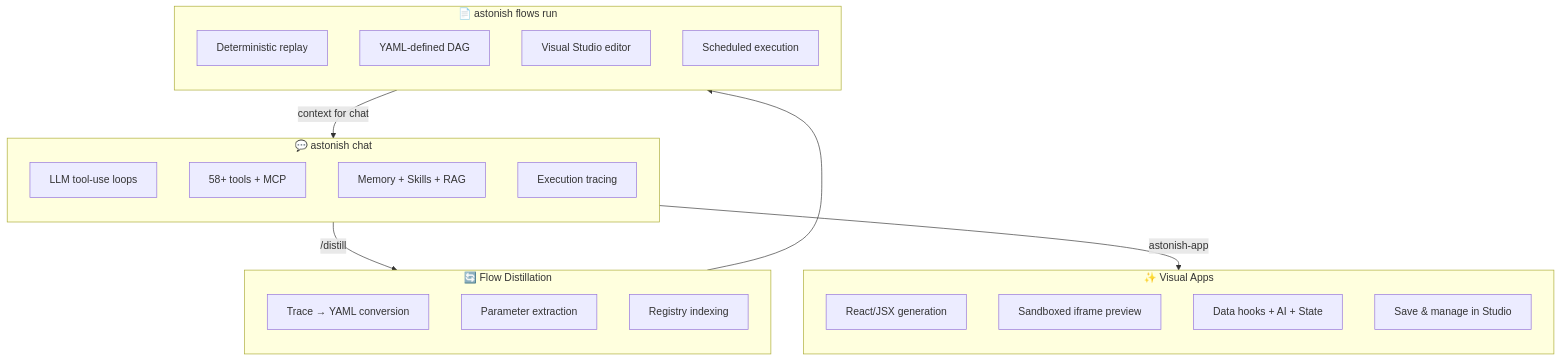
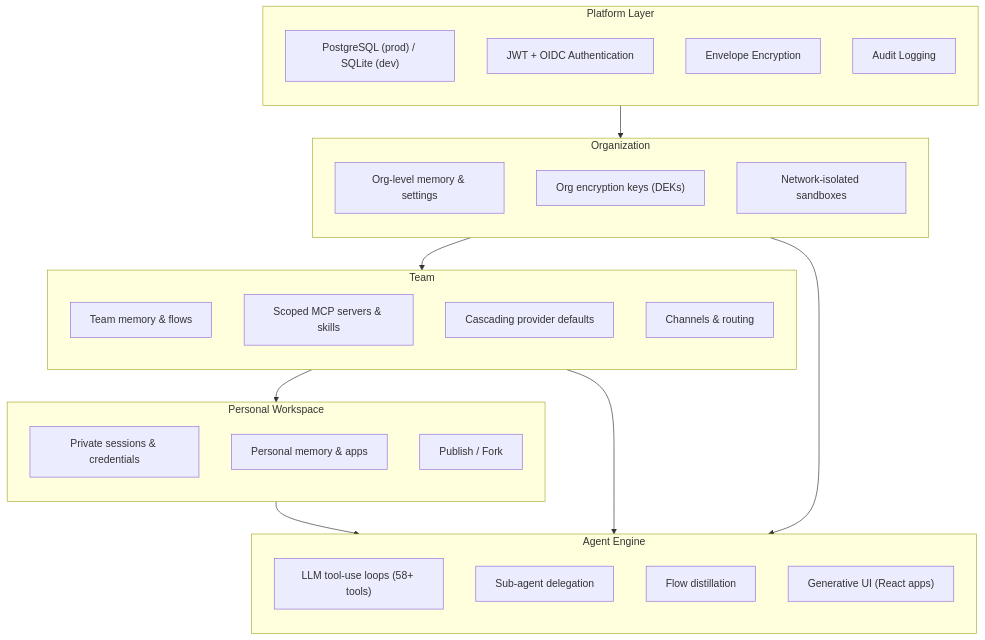
One commit to schardosin/astonish changed the diagram in README.md. Above: the diagram before and after it, drawn with Mermaid. The commit also changed other lines of this file, not shown here.

First line of the commit message:
docs: rewrite README for platform mode positioning

````diff
--- a/README.md
+++ b/README.md
@@ -311,38 +234,47 @@
 ```mermaid
 flowchart TB
-    subgraph Chat["💬 astonish chat"]
+    subgraph Platform["Platform Layer"]
         direction TB
-        C1["LLM tool-use loops"]
-        C2["58+ tools + MCP"]
-        C3["Memory + Skills + RAG"]
-        C4["Execution tracing"]
+        P1["PostgreSQL (prod) / SQLite (dev)"]
+        P2["JWT + OIDC Authentication"]
+        P3["Envelope Encryption"]
+        P4["Audit Logging"]
     end
 
-    subgraph Distill["🔄 Flow Distillation"]
+    subgraph Org["Organization"]
         direction TB
-        D1["Trace → YAML conversion"]
-        D2["Parameter extraction"]
-        D3["Registry indexing"]
+        O1["Org-level memory & settings"]
+        O2["Org encryption keys (DEKs)"]
+        O3["Network-isolated sandboxes"]
     end
 
-    subgraph Flows["📄 astonish flows run"]
+    subgraph Team["Team"]
         direction TB
-        F1["Deterministic replay"]
-        F2["YAML-defined DAG"]
-        F3["Visual Studio editor"]
-        F4["Scheduled execution"]
+        T1["Team memory & flows"]
+        T2["Scoped MCP servers & skills"]
+        T3["Cascading provider defaults"]
+        T4["Channels & routing"]
     end
 
-    subgraph Apps["✨ Visual Apps"]
+    subgraph Personal["Personal Workspace"]
         direction TB
-        A1["React/JSX generation"]
-        A2["Sandboxed iframe preview"]
-        A3["Data hooks + AI + State"]
-        A4["Save & manage in Studio"]
+        U1["Private sessions & credentials"]
+        U2["Personal memory & apps"]
+        U3["Publish / Fork"]
     end
 
-    Chat -->|/distill| Distill
-    Distill --> Flows
-    Flows -->|"context for chat"| Chat
-    Chat -->|"astonish-app"| Apps
+    subgraph Agent["Agent Engine"]
+        direction TB
+        A1["LLM tool-use loops (58+ tools)"]
+        A2["Sub-agent delegation"]
+        A3["Flow distillation"]
+        A4["Generative UI (React apps)"]
+    end
+
+    Platform --> Org
+    Org --> Team
+    Team --> Personal
+    Personal --> Agent
+    Team --> Agent
+    Org --> Agent
 ```
````
